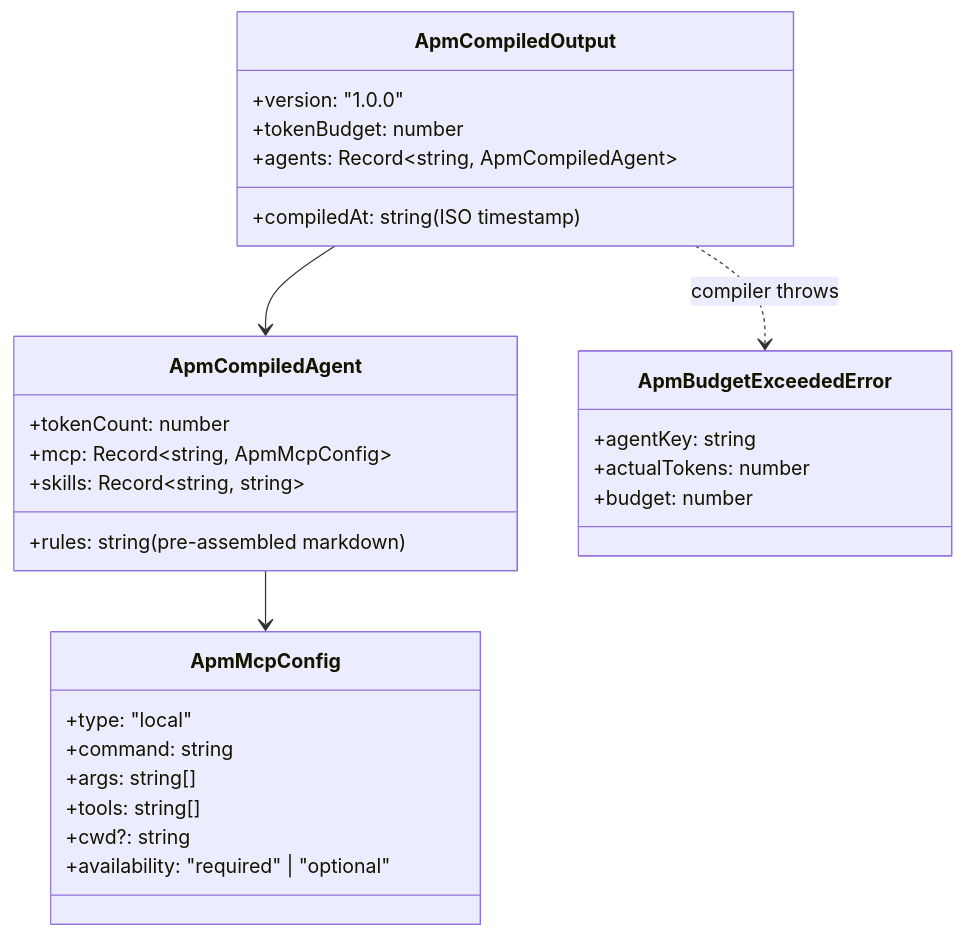
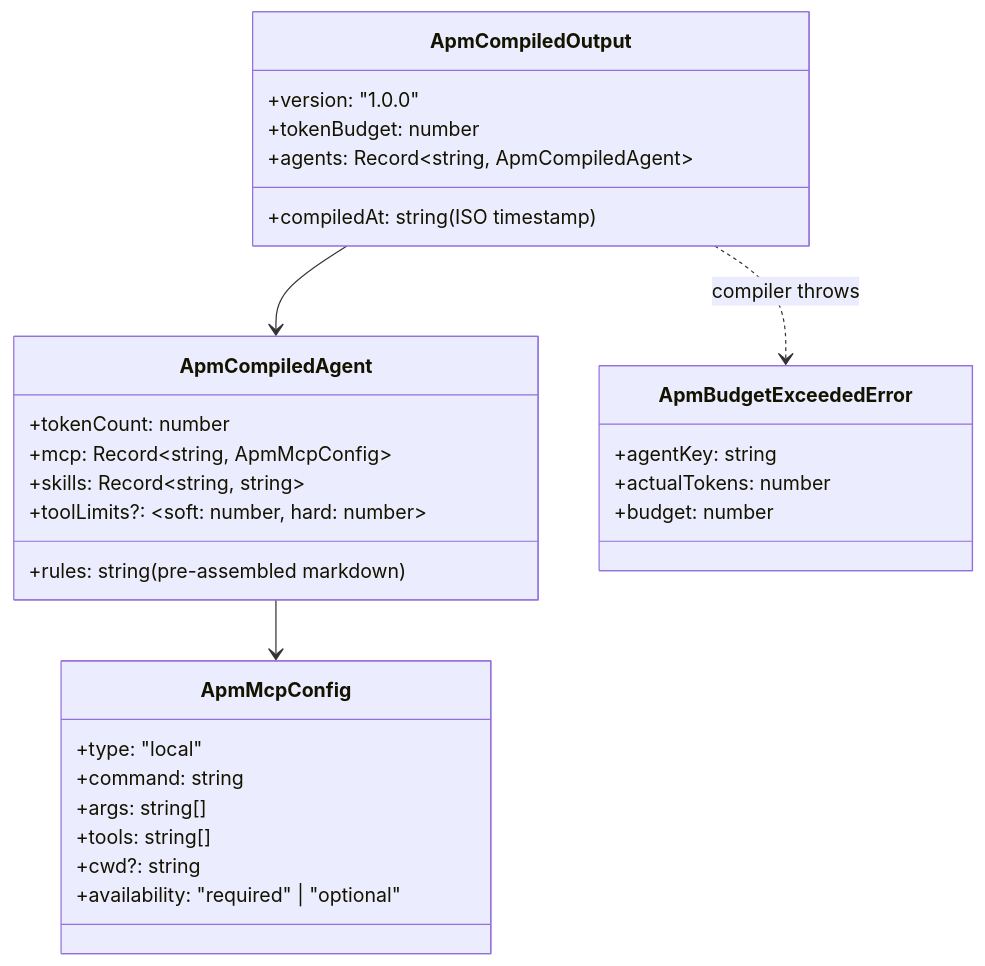
The sixth of 6 diagrams in tools/autonomous-factory/docs/03-apm-context.md (RomanKaliupinMelonusa/DAGent-t), drawn with Mermaid before and after one commit. The commit also changed other lines of this file and 3 other files, not shown here.

````diff
--- a/tools/autonomous-factory/docs/03-apm-context.md
+++ b/tools/autonomous-factory/docs/03-apm-context.md
@@ -399,35 +415,36 @@
 ```mermaid
 classDiagram
     class ApmCompiledOutput {
         +version: "1.0.0"
         +compiledAt: string (ISO timestamp)
         +tokenBudget: number
         +agents: Record~string, ApmCompiledAgent~
     }
 
     class ApmCompiledAgent {
         +rules: string (pre-assembled markdown)
         +tokenCount: number
         +mcp: Record~string, ApmMcpConfig~
         +skills: Record~string, string~
+        +toolLimits?: ~soft: number, hard: number~
     }
 
     class ApmMcpConfig {
         +type: "local"
         +command: string
         +args: string[]
         +tools: string[]
         +cwd?: string
         +availability: "required" | "optional"
     }
 
     class ApmBudgetExceededError {
         +agentKey: string
         +actualTokens: number
         +budget: number
     }
 
     ApmCompiledOutput --> ApmCompiledAgent
     ApmCompiledAgent --> ApmMcpConfig
     ApmCompiledOutput ..> ApmBudgetExceededError : compiler throws
 ```
````
